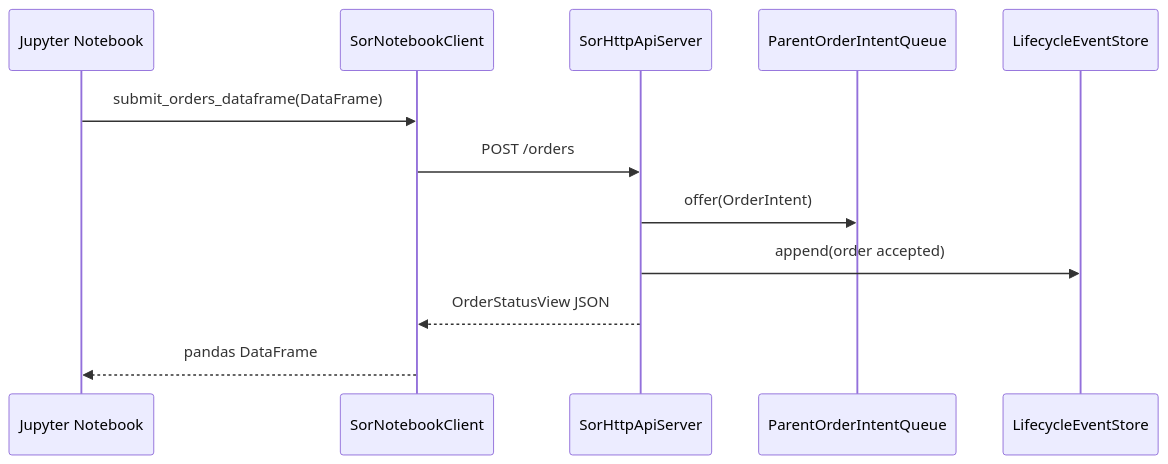
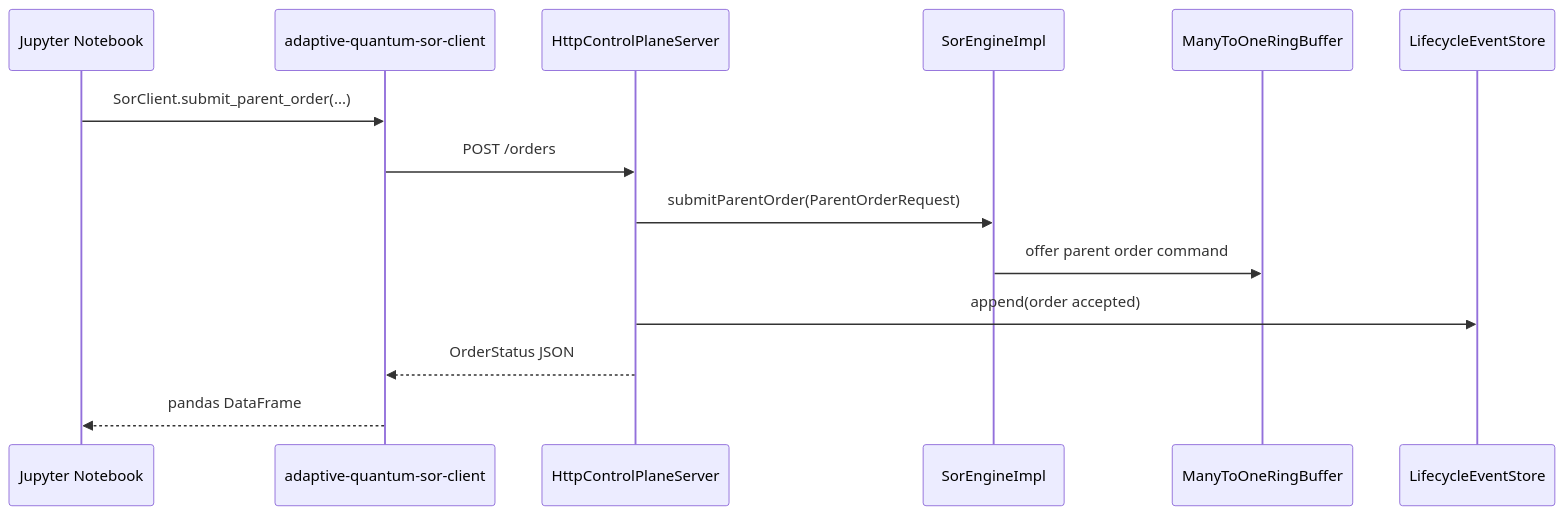
The sixth of 8 diagrams in docs/SEQUENCE_DIAGRAMS.md (rueishi/adaptive-quantum-sor), drawn with Mermaid before and after one commit. The commit also changed other lines of this file and 820 other files, not shown here.

Commit message:
Modularize adaptive quantum SOR framework

````diff
--- a/docs/SEQUENCE_DIAGRAMS.md
+++ b/docs/SEQUENCE_DIAGRAMS.md
@@ -160,15 +169,17 @@
 ```mermaid
 sequenceDiagram
     participant Notebook as Jupyter Notebook
-    participant Client as SorNotebookClient
-    participant API as SorHttpApiServer
-    participant Queue as ParentOrderIntentQueue
+    participant Client as adaptive-quantum-sor-client
+    participant API as HttpControlPlaneServer
+    participant Engine as SorEngineImpl
+    participant Queue as ManyToOneRingBuffer
     participant Events as LifecycleEventStore
 
-    Notebook->>Client: submit_orders_dataframe(DataFrame)
+    Notebook->>Client: SorClient.submit_parent_order(...)
     Client->>API: POST /orders
-    API->>Queue: offer(OrderIntent)
+    API->>Engine: submitParentOrder(ParentOrderRequest)
+    Engine->>Queue: offer parent order command
     API->>Events: append(order accepted)
-    API-->>Client: OrderStatusView JSON
+    API-->>Client: OrderStatus JSON
     Client-->>Notebook: pandas DataFrame
 ```
````
